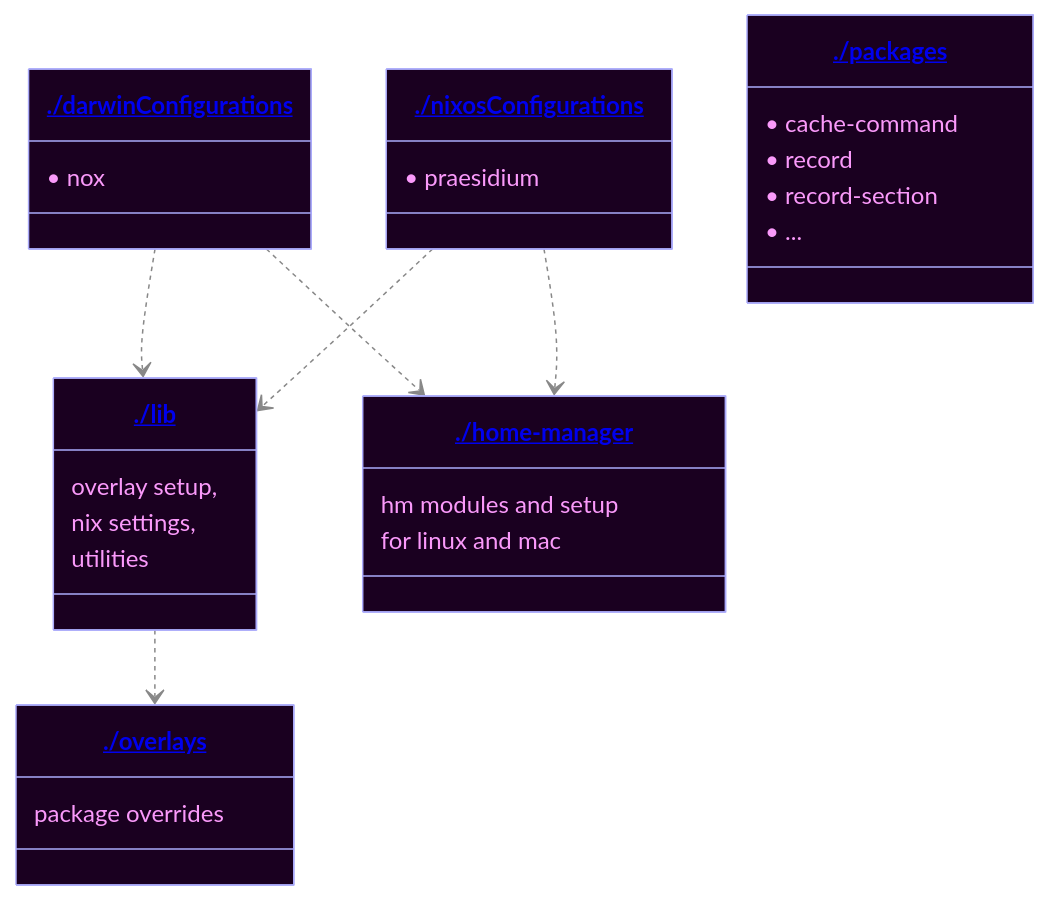
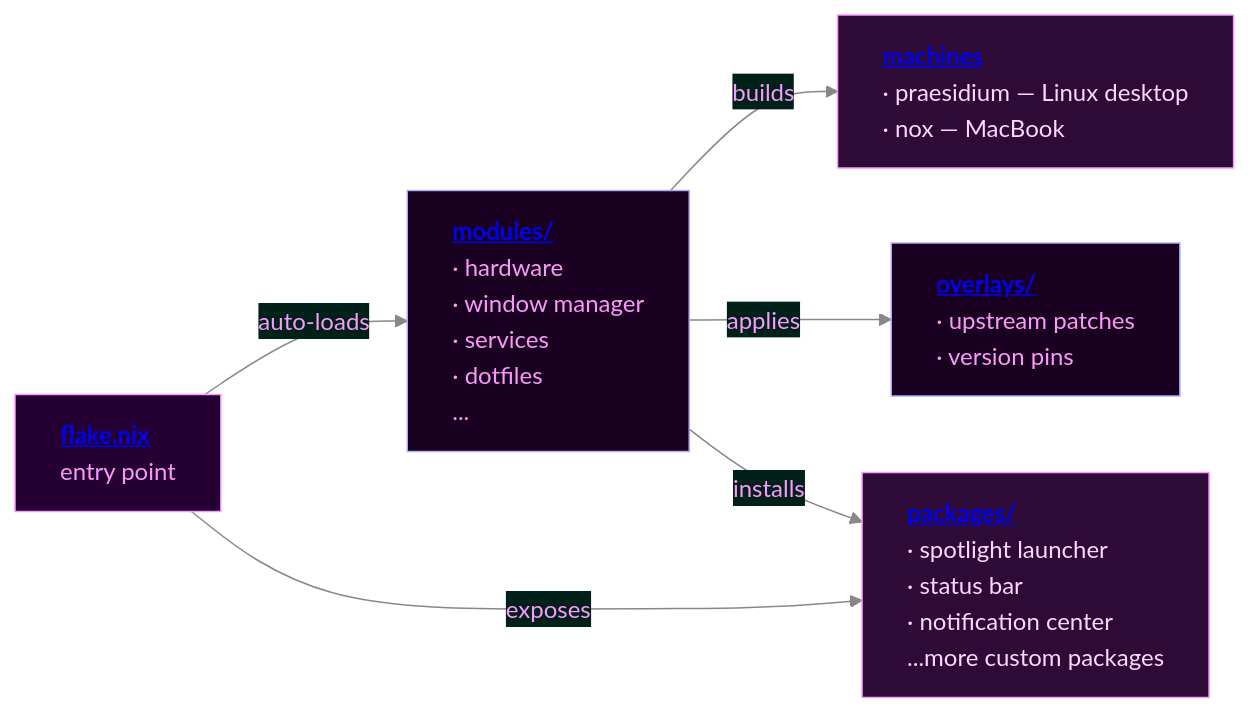
One commit to xav-ie/dots changed the diagram in README.md. Above: the diagram before and after it, drawn with Mermaid. The commit also changed 447 other files, not shown here.

````diff
--- a/README.md
+++ b/README.md
@@ -10,39 +10,35 @@
 ```mermaid
 ---
 config:
   theme: base
   themeVariables:
     primaryColor: "#1a0020"
     primaryTextColor: "#fa99fa"
     primaryBorderColor: "#aaaafa"
     lineColor: "#888"
     fontFamily: "monospace"
 ---
-classDiagram
-    %% Unfortunately, we cannot use relative links and must specify a branch :/
-    class lib["<a href='https://github.com/xav-ie/dots/tree/main/lib'>./lib</a>"]
-    class darwinConfigurations["<a href='https://github.com/xav-ie/dots/tree/main/darwinConfigurations'>./darwinConfigurations</a>"]
-    class home-manager["<a href='https://github.com/xav-ie/dots/tree/main/home-manager'>./home-manager</a>"]
-    class nixosConfigurations["<a href='https://github.com/xav-ie/dots/tree/main/nixosConfigurations'>./nixosConfigurations</a>"]
-    class overlays["<a href='https://github.com/xav-ie/dots/tree/main/overlays'>./overlays</a>"]
-    class packages["<a href='https://github.com/xav-ie/dots/tree/main/packages'>./packages</a>"]
+flowchart LR
+    %% Relative links don't render on GitHub, so we pin to the main branch.
+    flake["<div style='text-align:left'><b><a href='https://github.com/xav-ie/dots/blob/main/flake.nix'>flake.nix</a></b><br/>entry point</div>"]
 
-    lib: overlay setup,
-    lib:  nix settings,
-    lib:  utilities
-    darwinConfigurations: • nox
-    home-manager: hm modules and setup
-    home-manager: for linux and mac
-    nixosConfigurations: • praesidium
-    overlays: package overrides
-    packages: • cache-command
-    packages: • record
-    packages: • record-section
-    packages: • ...
+    modules["<div style='text-align:left'><b><a href='https://github.com/xav-ie/dots/tree/main/modules'>modules/</a></b><br/>· hardware<br/>· window manager<br/>· services<br/>· dotfiles<br/>...</div>"]
 
-    lib ..> overlays
-    darwinConfigurations ..> lib
-    darwinConfigurations ..> home-manager
-    nixosConfigurations ..> lib
-    nixosConfigurations ..> home-manager
+    machines["<div style='text-align:left'><b><a href='https://github.com/xav-ie/dots/tree/main/modules/hosts'>machines</a></b><br/>·&nbsp;praesidium&nbsp;—&nbsp;Linux&nbsp;desktop<br/>·&nbsp;nox&nbsp;—&nbsp;MacBook</div>"]
+
+    overlays["<div style='text-align:left'><b><a href='https://github.com/xav-ie/dots/tree/main/overlays'>overlays/</a></b><br/>· upstream patches<br/>· version pins</div>"]
+    packages["<div style='text-align:left'><b><a href='https://github.com/xav-ie/dots/tree/main/packages'>packages/</a></b><br/>· spotlight launcher<br/>· status bar<br/>· notification center<br/>...more custom packages</div>"]
+
+    flake -->|auto-loads| modules
+    modules -->|builds| machines
+    modules -->|applies| overlays
+    modules -->|installs| packages
+    flake -->|exposes| packages
+
+    classDef entry fill:#240033,stroke:#fa99fa,color:#fa99fa
+    classDef internal fill:#1a0020,stroke:#aaaafa,color:#fa99fa
+    classDef output fill:#2e0b36,stroke:#fa99fa,color:#ffd6ff
+    class flake entry
+    class modules,overlays internal
+    class packages,machines output
 ```
````
